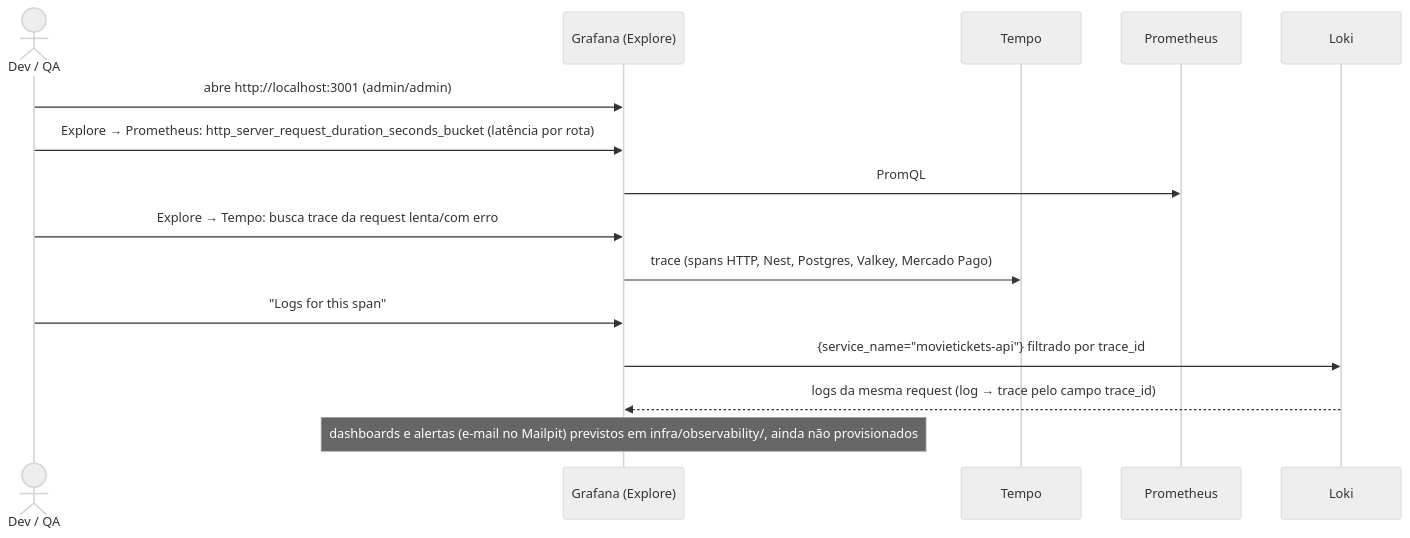
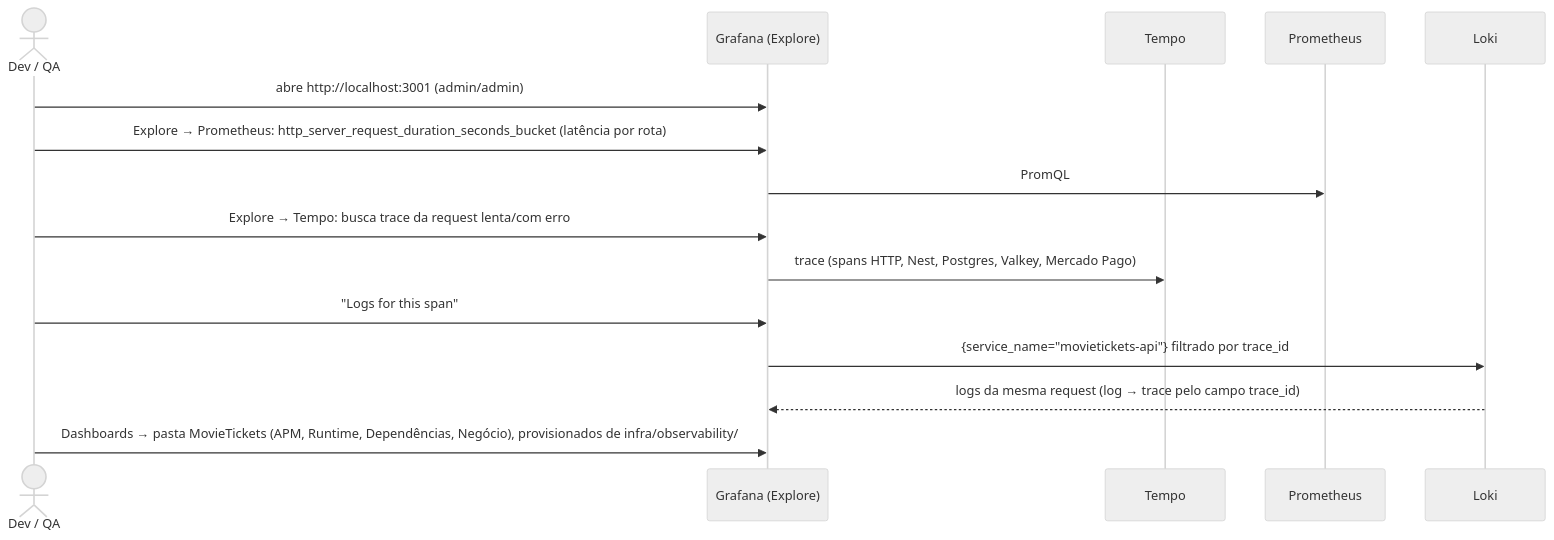
One commit to D4rkM/movietickets changed the fourth of 7 diagrams in docs/flows/observability/sequence.md. Above: the diagram before and after it, drawn with Mermaid (neutral theme). The commit also changed other lines of this file and 3 other files, not shown here.

First line of the commit message:
docs: atualiza diagramas de observabilidade, booking e front (#96)

````diff
--- a/docs/flows/observability/sequence.md
+++ b/docs/flows/observability/sequence.md
@@ -91,18 +93,18 @@
 ```mermaid
 sequenceDiagram
     actor Dev as Dev / QA
     participant Grafana as Grafana (Explore)
     participant Tempo
     participant Prom as Prometheus
     participant Loki
 
     Dev->>Grafana: abre http://localhost:3001 (admin/admin)
     Dev->>Grafana: Explore → Prometheus: http_server_request_duration_seconds_bucket (latência por rota)
     Grafana->>Prom: PromQL
     Dev->>Grafana: Explore → Tempo: busca trace da request lenta/com erro
     Grafana->>Tempo: trace (spans HTTP, Nest, Postgres, Valkey, Mercado Pago)
     Dev->>Grafana: "Logs for this span"
     Grafana->>Loki: {service_name="movietickets-api"} filtrado por trace_id
     Loki-->>Grafana: logs da mesma request (log → trace pelo campo trace_id)
-    Note over Grafana: dashboards e alertas (e-mail no Mailpit) previstos em infra/observability/, ainda não provisionados
+    Dev->>Grafana: Dashboards → pasta MovieTickets (APM, Runtime, Dependências, Negócio), provisionados de infra/observability/
 ```
````
